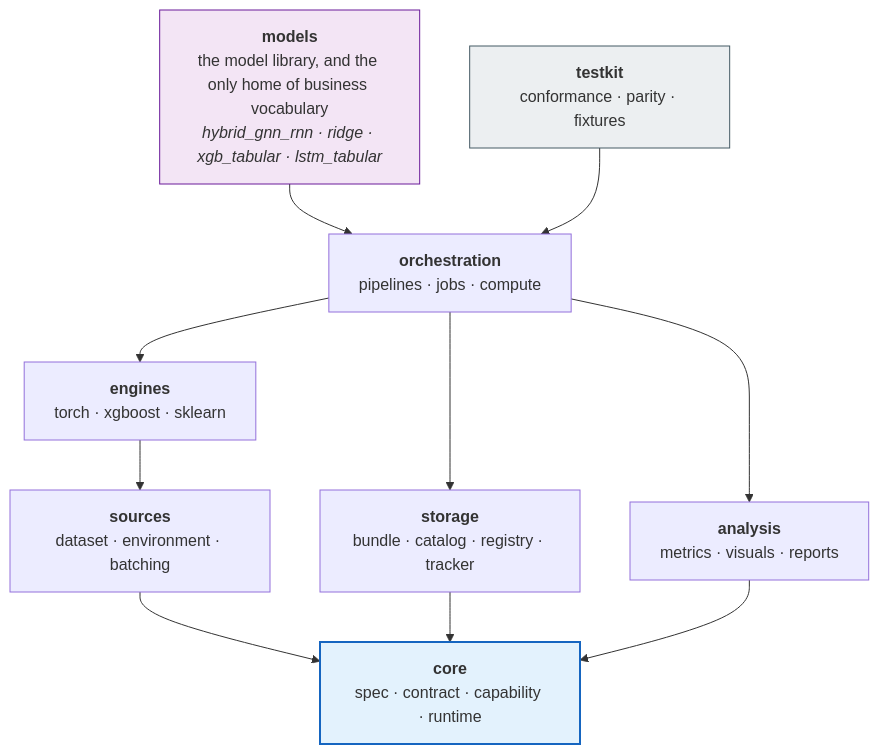
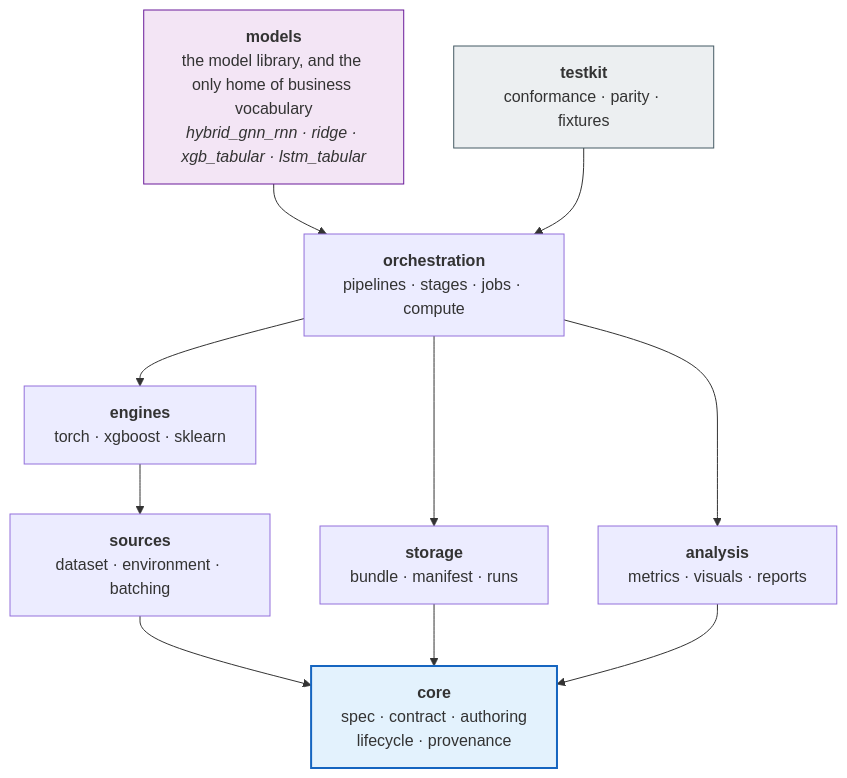
The third of 17 diagrams in src/rade_qnet/docs/ARCHITECTURE.md (JStevens95/QuantStrata), drawn with Mermaid before and after one commit. The commit also changed other lines of this file and 43 other files, not shown here.

````diff
--- a/src/rade_qnet/docs/ARCHITECTURE.md
+++ b/src/rade_qnet/docs/ARCHITECTURE.md
@@ -112,25 +112,25 @@
 ```mermaid
 flowchart TD
     MODELS["<b>models</b><br/>the model library, and the only home of business vocabulary<br/><i>hybrid_gnn_rnn · ridge · xgb_tabular · lstm_tabular</i>"]
-    ORCH["<b>orchestration</b><br/>pipelines · jobs · compute"]
+    ORCH["<b>orchestration</b><br/>pipelines · stages · jobs · compute"]
     ENGINES["<b>engines</b><br/>torch · xgboost · sklearn"]
     SOURCES["<b>sources</b><br/>dataset · environment · batching"]
-    STORAGE["<b>storage</b><br/>bundle · catalog · registry · tracker"]
+    STORAGE["<b>storage</b><br/>bundle · manifest · runs"]
     ANALYSIS["<b>analysis</b><br/>metrics · visuals · reports"]
-    CORE["<b>core</b><br/>spec · contract · capability · runtime"]
+    CORE["<b>core</b><br/>spec · contract · authoring<br/>lifecycle · provenance"]
     TESTKIT["<b>testkit</b><br/>conformance · parity · fixtures"]
 
     MODELS --> ORCH
     ORCH --> ENGINES
     ORCH --> STORAGE
     ORCH --> ANALYSIS
     ENGINES --> SOURCES
     SOURCES --> CORE
     STORAGE --> CORE
     ANALYSIS --> CORE
     TESTKIT --> ORCH
 
     style CORE fill:#e3f2fd,stroke:#1565c0,stroke-width:2px
     style MODELS fill:#f3e5f5,stroke:#6a1b9a
     style TESTKIT fill:#eceff1,stroke:#455a64
 ```
````
